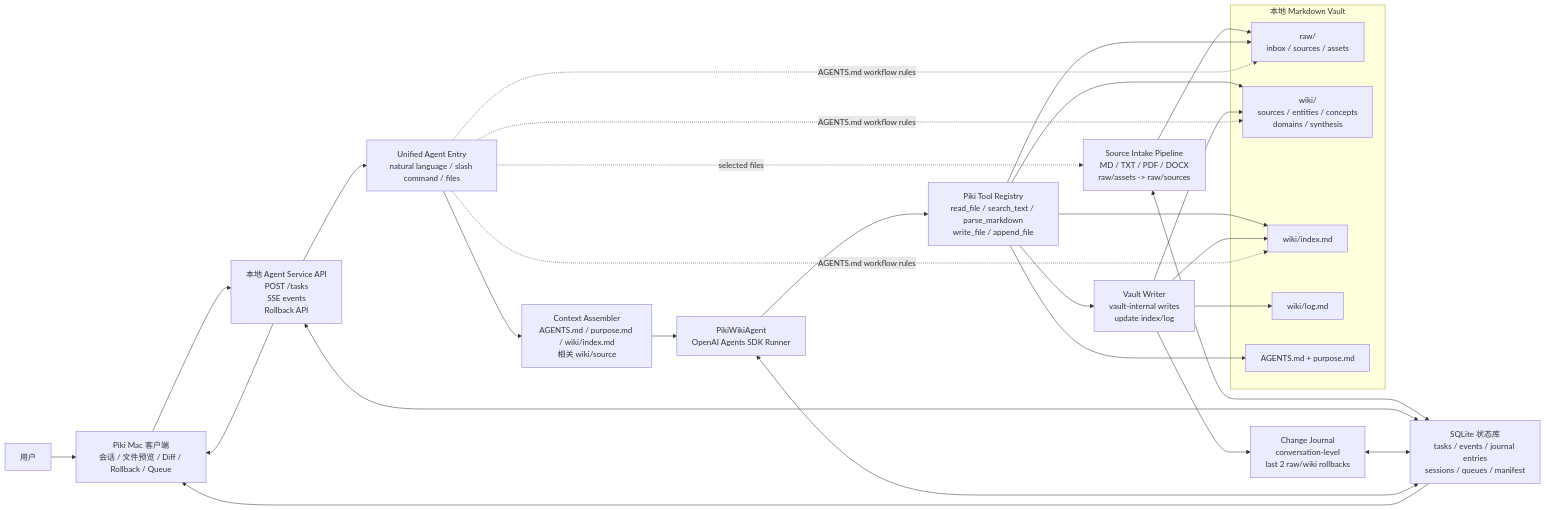
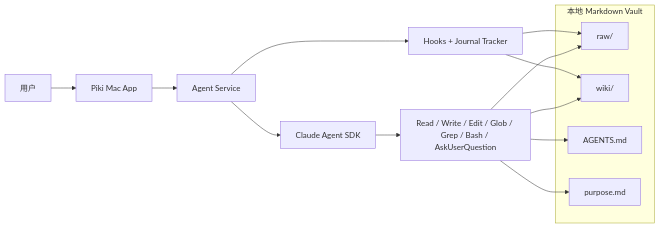
One commit to NeilChenyc/piki changed the diagram in docs/product/MVP_FEATURES.zh.md. Above: the diagram before and after it, drawn with Mermaid. The commit also changed other lines of this file and 125 other files, not shown here.

````diff
--- a/docs/product/MVP_FEATURES.zh.md
+++ b/docs/product/MVP_FEATURES.zh.md
@@ -47,50 +29,28 @@
 ```mermaid
 flowchart LR
   user["用户"]
-  client["Piki Mac 客户端\n会话 / 文件预览 / Diff / Rollback / Queue"]
-  api["本地 Agent Service API\nPOST /tasks\nSSE events\nRollback API"]
-  intent["Unified Agent Entry\nnatural language / slash command / files"]
-  assembler["Context Assembler\nAGENTS.md / purpose.md / wiki/index.md\n相关 wiki/source"]
-  agent["PikiWikiAgent\nOpenAI Agents SDK Runner"]
-  tools["Piki Tool Registry\nread_file / search_text / parse_markdown\nwrite_file / append_file"]
-  intake["Source Intake Pipeline\nMD / TXT / PDF / DOCX\nraw/assets -> raw/sources"]
-  journal["Change Journal\nconversation-level\nlast 2 raw/wiki rollbacks"]
-  writer["Vault Writer\nvault-internal writes\nupdate index/log"]
-  store["SQLite 状态库\ntasks / events / journal entries\nsessions / queues / manifest"]
+  app["Piki Mac App"]
+  api["Agent Service"]
+  runtime["Claude Agent SDK"]
+  hooks["Hooks + Journal Tracker"]
+  tools["Read / Write / Edit / Glob / Grep / Bash / AskUserQuestion"]
 
   subgraph vault["本地 Markdown Vault"]
-    raw["raw/\ninbox / sources / assets"]
-    wiki["wiki/\nsources / entities / concepts\ndomains / synthesis"]
-    index["wiki/index.md"]
-    log["wiki/log.md"]
-    agents["AGENTS.md + purpose.md"]
+    raw["raw/"]
+    wiki["wiki/"]
+    agents["AGENTS.md"]
+    purpose["purpose.md"]
   end
 
-  user --> client
-  client --> api
-  api --> intent
-  intent --> assembler
-  intent -. "selected files" .-> intake
-  intake --> raw
-  intake <--> store
-  assembler --> agent
-  agent --> tools
+  user --> app
+  app --> api
+  api --> runtime
+  runtime --> tools
+  api --> hooks
   tools --> raw
   tools --> wiki
-  tools --> index
   tools --> agents
-  tools --> writer
-  writer --> journal
-  writer --> wiki
-  writer --> index
-  writer --> log
-  api <--> store
-  journal <--> store
-  agent <--> store
-  store --> client
-  api --> client
-
-  intent -. "AGENTS.md workflow rules" .-> index
-  intent -. "AGENTS.md workflow rules" .-> raw
-  intent -. "AGENTS.md workflow rules" .-> wiki
+  tools --> purpose
+  hooks --> wiki
+  hooks --> raw
 ```
````
